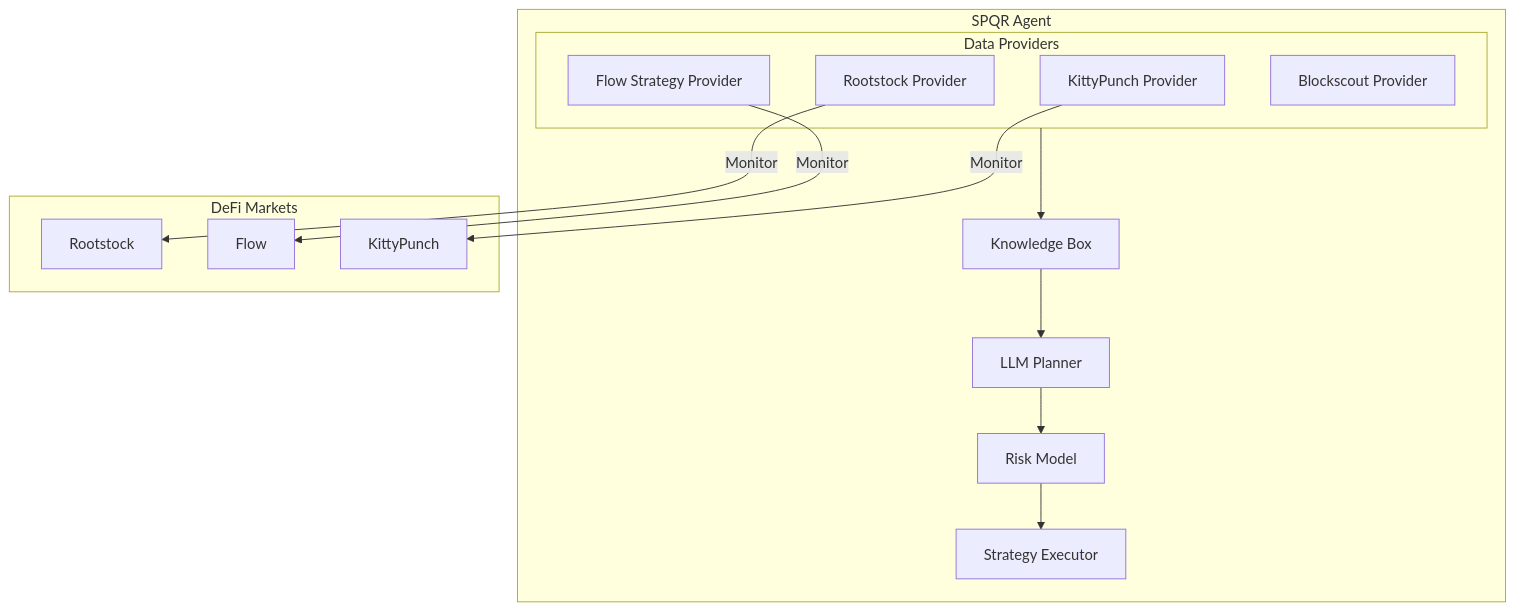
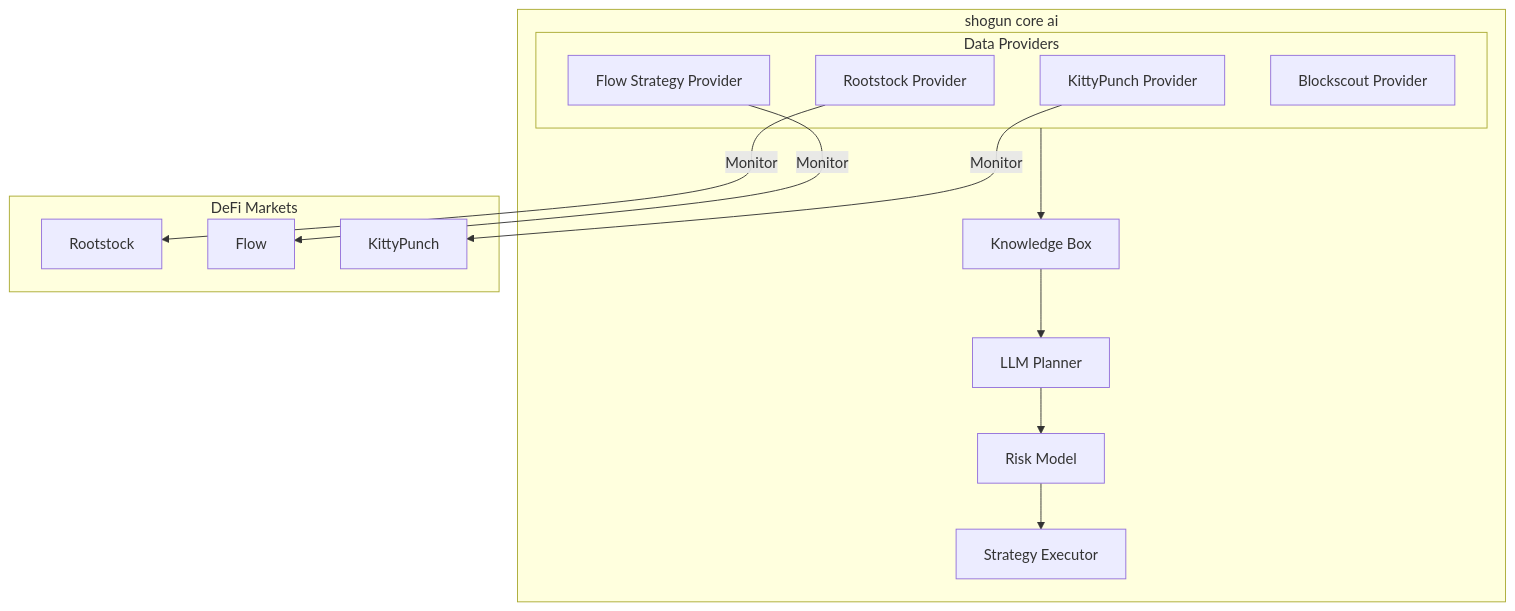
One commit to shogunprotocol/shogun-ai-core changed the diagram in README.md. Above: the diagram before and after it, drawn with Mermaid. The commit also changed other lines of this file and 3 other files, not shown here.

````diff
--- a/README.md
+++ b/README.md
@@ -7,27 +7,27 @@
 ```mermaid
 graph TB
-    subgraph SPQR["SPQR Agent"]
+    subgraph ShogunCoreAI["shogun core ai"]
         LLM[LLM Planner]
         Risk[Risk Model]
         KB[Knowledge Box]
         Exec[Strategy Executor]
         
         subgraph Providers["Data Providers"]
             RS[Rootstock Provider]
             FS[Flow Strategy Provider]
             KP[KittyPunch Provider]
             BS[Blockscout Provider]
         end
         
         LLM --> Risk
         Risk --> Exec
         KB --> LLM
         Providers --> KB
     end
     
     subgraph Markets["DeFi Markets"]
         RS --> |Monitor| Rootstock
         FS --> |Monitor| Flow
         KP --> |Monitor| KittyPunch
     end
 ```
````
